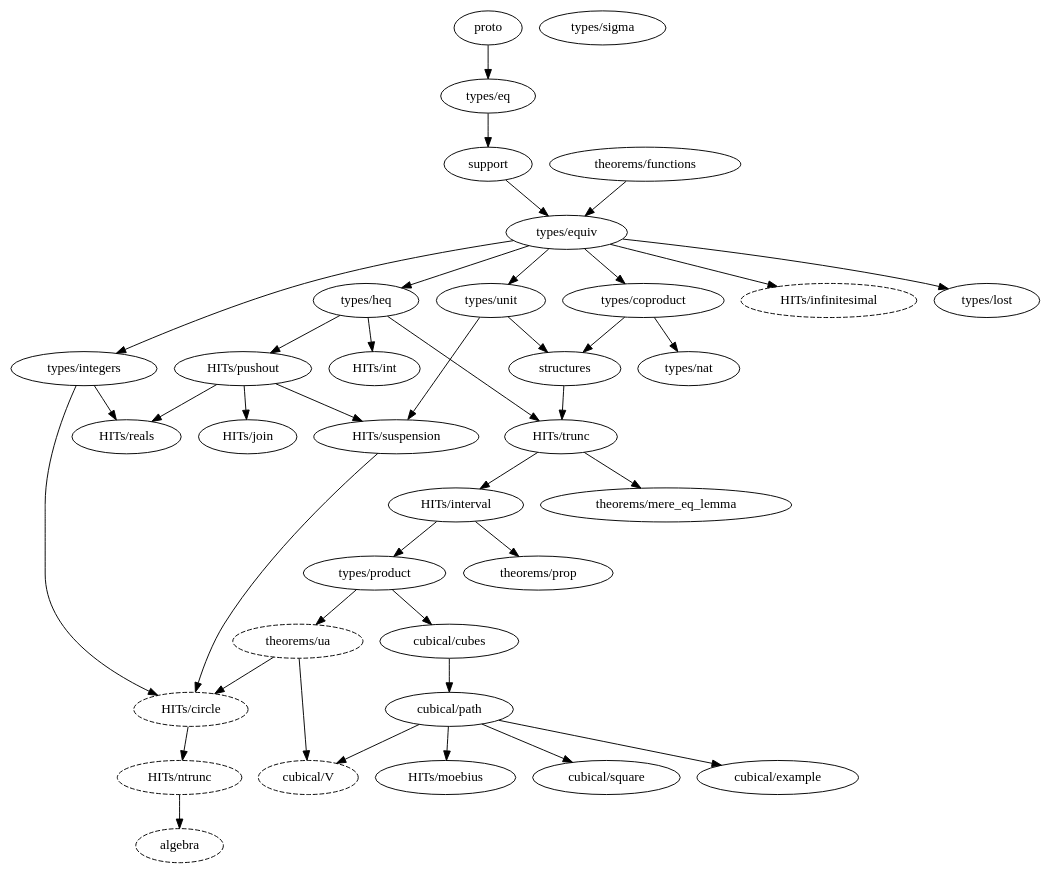
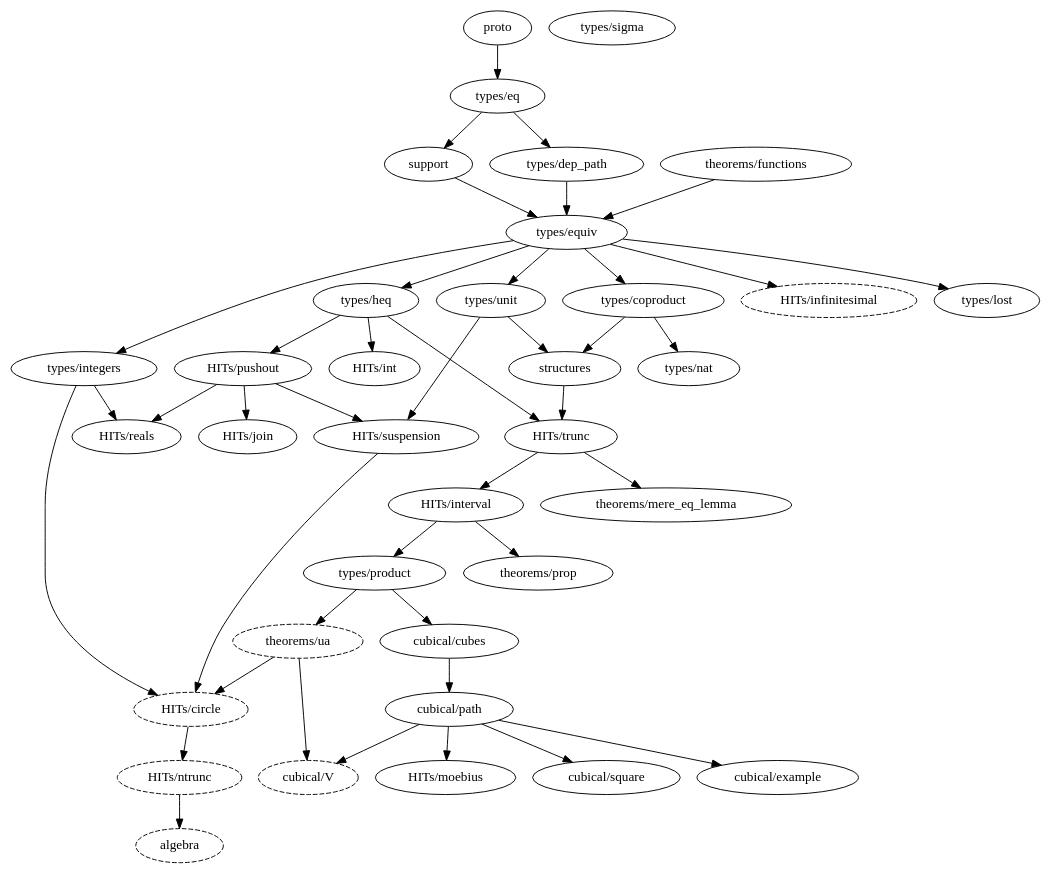
Before and after one commit to forked-from-1kasper/ground_zero: the diagram in dependency_map.gv, drawn with Graphviz. The commit also changed 14 other files, not shown here.

```diff
--- a/dependency_map.gv
+++ b/dependency_map.gv
@@ -1,75 +1,77 @@
 digraph dependency_map {
   proto -> "types/eq"
 
   algebra [style=dashed]
   "HITs/ntrunc" -> algebra
 
   "HITs/circle" [style=dashed]
   "types/integers" -> "HITs/circle"
   "HITs/suspension" -> "HITs/circle"
   "theorems/ua" -> "HITs/circle"
 
   "HITs/infinitesimal" [style=dashed]
   "types/equiv" -> "HITs/infinitesimal"
 
   "types/equiv" -> "types/coproduct"
+  "types/eq" -> "types/dep_path"
 
   "types/product" -> "cubical/cubes"
   "cubical/cubes" -> "cubical/path"
   "cubical/path" -> "cubical/square"
   "cubical/path" -> "cubical/example"
 
   "cubical/V" [style=dashed]
   "theorems/ua" -> "cubical/V"
   "cubical/path" -> "cubical/V"
 
   "types/equiv" -> "types/heq"
   "types/equiv" -> "types/integers"
 
+  "types/dep_path" -> "types/equiv"
   support -> "types/equiv"
   "theorems/functions" -> "types/equiv"
 
   "types/heq" -> "HITs/int"
 
   "HITs/trunc" -> "HITs/interval"
 
   "HITs/pushout" -> "HITs/join"
 
   "cubical/path" -> "HITs/moebius"
 
   "HITs/trunc" -> "theorems/mere_eq_lemma"
 
   "HITs/ntrunc" [style=dashed]
   "HITs/circle" -> "HITs/ntrunc"
 
   "HITs/interval" -> "types/product"
 
   "HITs/interval" -> "theorems/prop"
 
   "types/heq" -> "HITs/pushout"
 
   "HITs/pushout" -> "HITs/reals"
   "types/integers" -> "HITs/reals"
 
   "types/unit" -> structures
   "types/coproduct" -> structures
 
   "types/eq" -> support
 
   "HITs/pushout" -> "HITs/suspension"
   "types/unit" -> "HITs/suspension"
 
   structures -> "HITs/trunc"
   "types/heq" -> "HITs/trunc"
 
   "theorems/ua" [style=dashed]
   "types/product" -> "theorems/ua"
 
   "types/equiv" -> "types/unit"
 
   "types/coproduct" -> "types/nat"
 
   "types/equiv" -> "types/lost"
 
   "types/sigma"
 }
```
